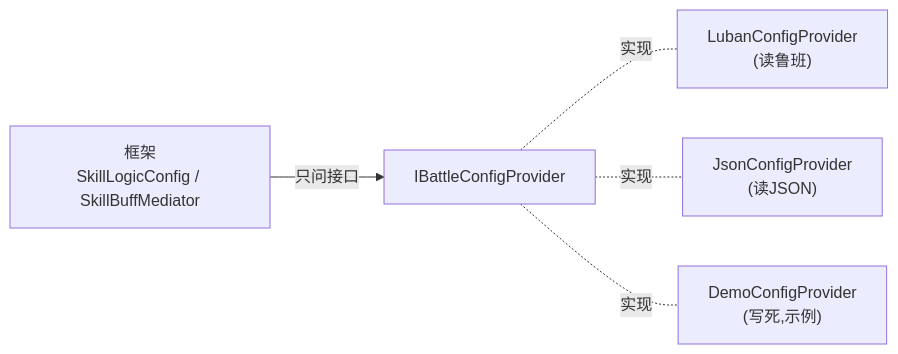
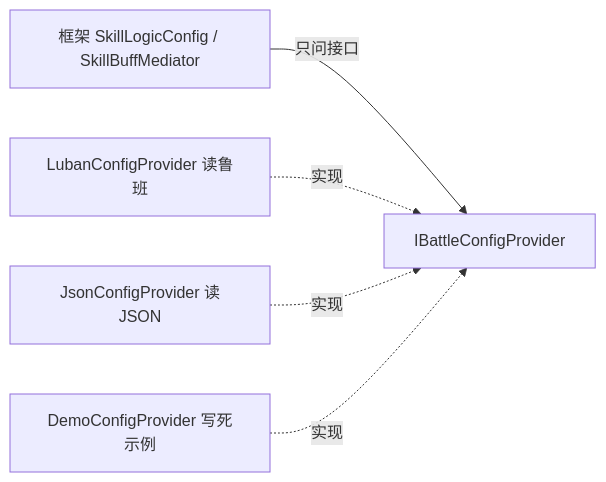
Before and after one commit to djr666666/BattleSys: the fourth of 4 diagrams in README.md, drawn with Mermaid. The commit also changed other lines of this file, not shown here.

Commit message:
提交

````diff
--- a/README.md
+++ b/README.md
@@ -174,7 +174,7 @@
 ```mermaid
 flowchart LR
-    FW["框架<br/>SkillLogicConfig / SkillBuffMediator"] -->|只问接口| IF["IBattleConfigProvider"]
-    IF -.实现.- P1["LubanConfigProvider<br/>(读鲁班)"]
-    IF -.实现.- P2["JsonConfigProvider<br/>(读JSON)"]
-    IF -.实现.- P3["DemoConfigProvider<br/>(写死,示例)"]
+    FW["框架 SkillLogicConfig / SkillBuffMediator"] -->|只问接口| IF["IBattleConfigProvider"]
+    P1["LubanConfigProvider 读鲁班"] -. 实现 .-> IF
+    P2["JsonConfigProvider 读JSON"] -. 实现 .-> IF
+    P3["DemoConfigProvider 写死示例"] -. 实现 .-> IF
 ```
````
